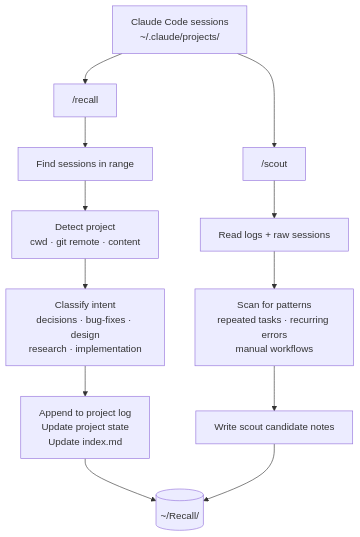
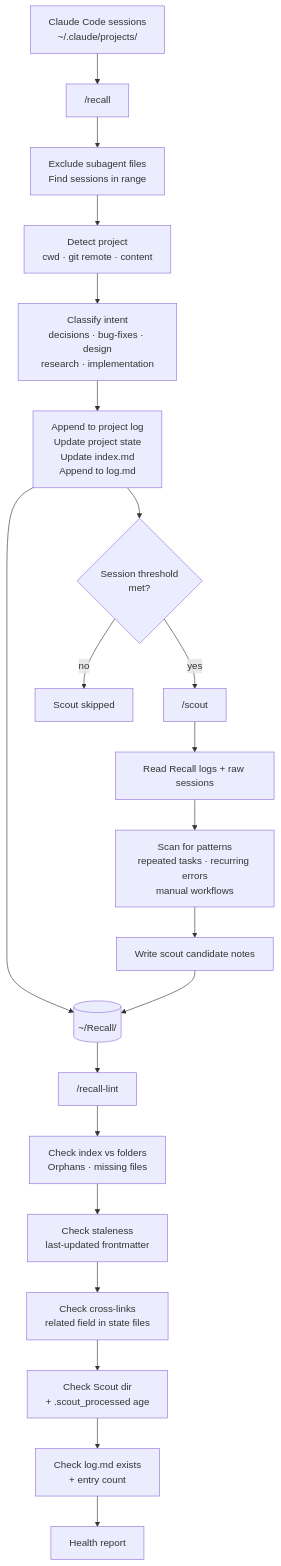
Before and after one commit to kavyachigurupati/skill-scout: the diagram in README.md, drawn with Mermaid. The commit also changed other lines of this file and 1 other file, not shown here.

First line of the commit message:
fix recall-lint formatting and update README for v2 skills

````diff
--- a/README.md
+++ b/README.md
@@ -13,17 +13,27 @@
 ```mermaid
 flowchart TD
     A["Claude Code sessions<br/>~/.claude/projects/"] --> B["/recall"]
-    A --> C["/scout"]
 
-    B --> B1["Find sessions in range"]
+    B --> B1["Exclude subagent files<br/>Find sessions in range"]
     B1 --> B2["Detect project<br/>cwd · git remote · content"]
     B2 --> B3["Classify intent<br/>decisions · bug-fixes · design<br/>research · implementation"]
-    B3 --> B4["Append to project log<br/>Update project state<br/>Update index.md"]
+    B3 --> B4["Append to project log<br/>Update project state<br/>Update index.md<br/>Append to log.md"]
 
-    C --> C1["Read logs + raw sessions"]
+    B4 --> V[("~/Recall/")]
+    B4 --> T{"Session threshold<br/>met?"}
+    T -- yes --> C["/scout"]
+    T -- no --> SKIP["Scout skipped"]
+
+    C --> C1["Read Recall logs + raw sessions"]
     C1 --> C2["Scan for patterns<br/>repeated tasks · recurring errors<br/>manual workflows"]
     C2 --> C3["Write scout candidate notes"]
+    C3 --> V
 
-    B4 --> V[("~/Recall/")]
-    C3 --> V
+    V --> L["/recall-lint"]
+    L --> L1["Check index vs folders<br/>Orphans · missing files"]
+    L1 --> L2["Check staleness<br/>last-updated frontmatter"]
+    L2 --> L3["Check cross-links<br/>related field in state files"]
+    L3 --> L4["Check Scout dir<br/>+ .scout_processed age"]
+    L4 --> L5["Check log.md exists<br/>+ entry count"]
+    L5 --> R["Health report"]
 ```
````
